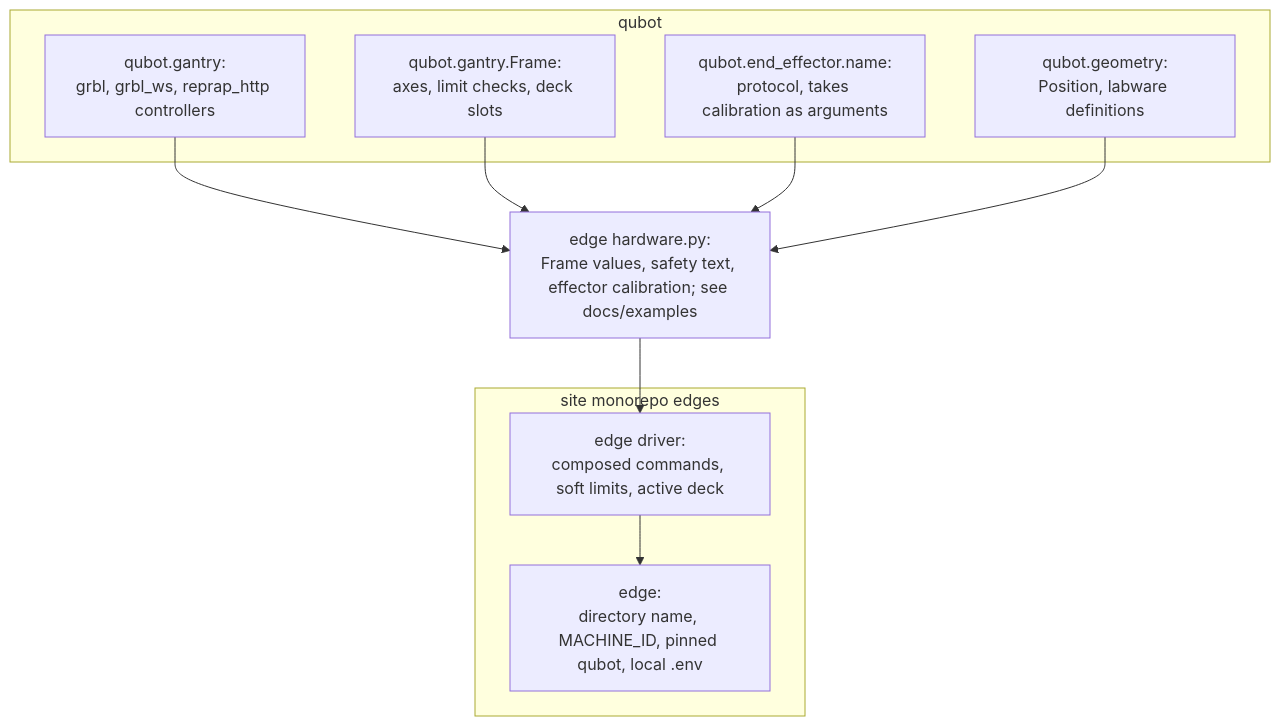
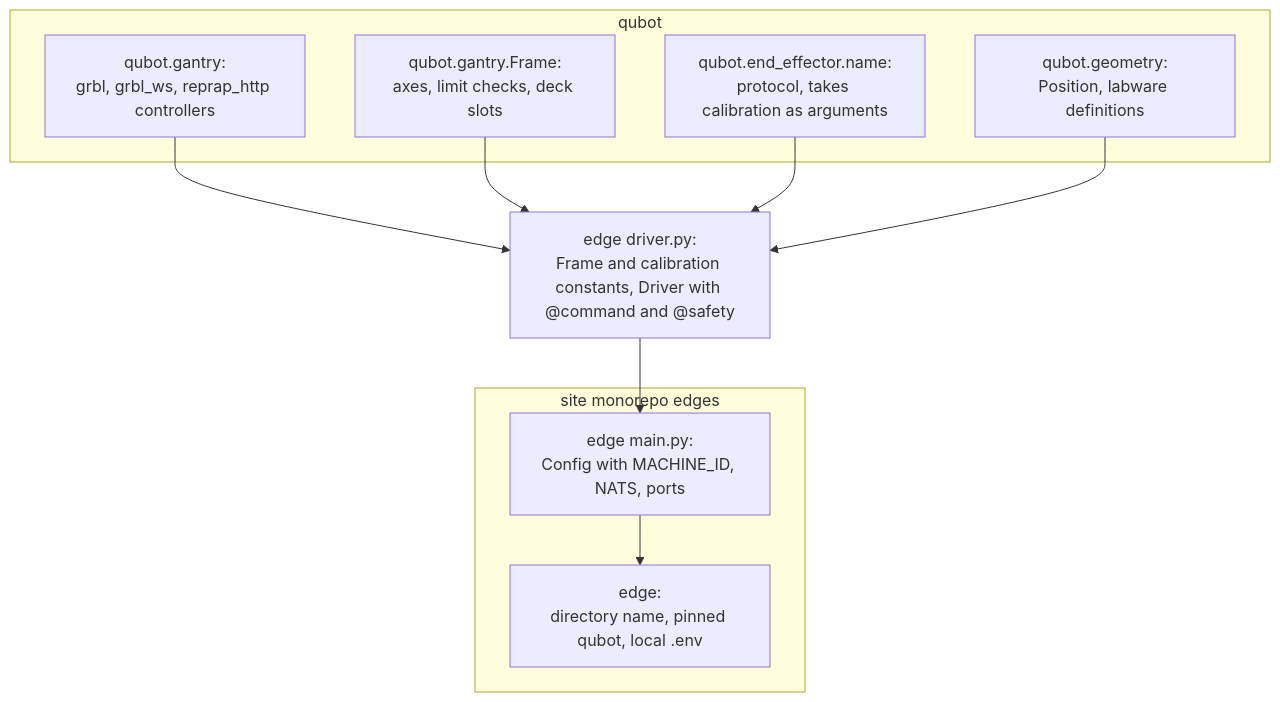
Before and after one commit to PUDAP/qubot: the diagram in README.md, drawn with Mermaid. The commit also changed other lines of this file and 23 other files, not shown here.

First line of the commit message:
refactor: Turn the machine examples into PUDA driver.py references in the qubot-driver skill.

````diff
--- a/README.md
+++ b/README.md
@@ -38,20 +54,20 @@
 ```mermaid
 flowchart TB
   subgraph sources [qubot]
     transport["qubot.gantry:<br/>grbl, grbl_ws, reprap_http controllers"]
     gantry["qubot.gantry.Frame:<br/>axes, limit checks, deck slots"]
     effector["qubot.end_effector.name:<br/>protocol, takes calibration as arguments"]
     geometry["qubot.geometry:<br/>Position, labware definitions"]
   end
-  config["edge hardware.py:<br/>Frame values, safety text, effector calibration; see docs/examples"]
+  config["edge driver.py:<br/>Frame and calibration constants, Driver with @command and @safety"]
   transport --> config
   gantry --> config
   effector --> config
   geometry --> config
   subgraph built [site monorepo edges]
-    module["edge driver:<br/>composed commands, soft limits, active deck"]
-    edge["edge:<br/>directory name, MACHINE_ID, pinned qubot, local .env"]
+    module["edge main.py:<br/>Config with MACHINE_ID, NATS, ports"]
+    edge["edge:<br/>directory name, pinned qubot, local .env"]
     module --> edge
   end
   config --> module
 ```
````
